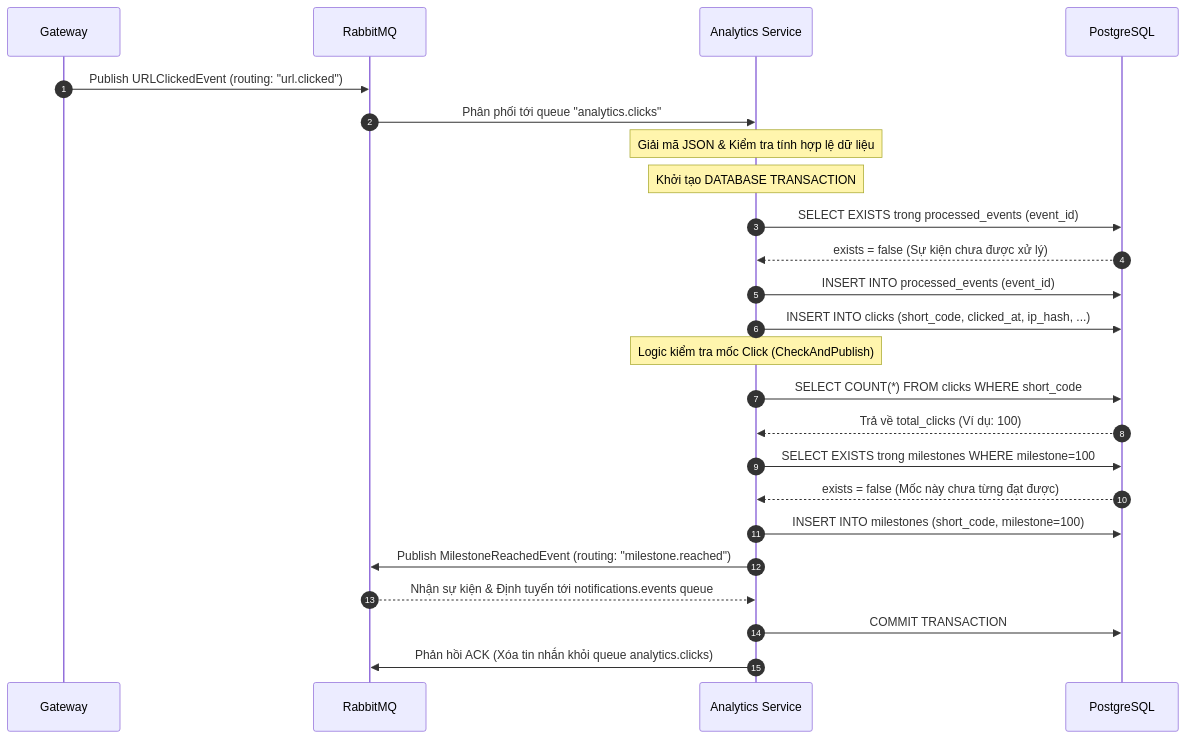
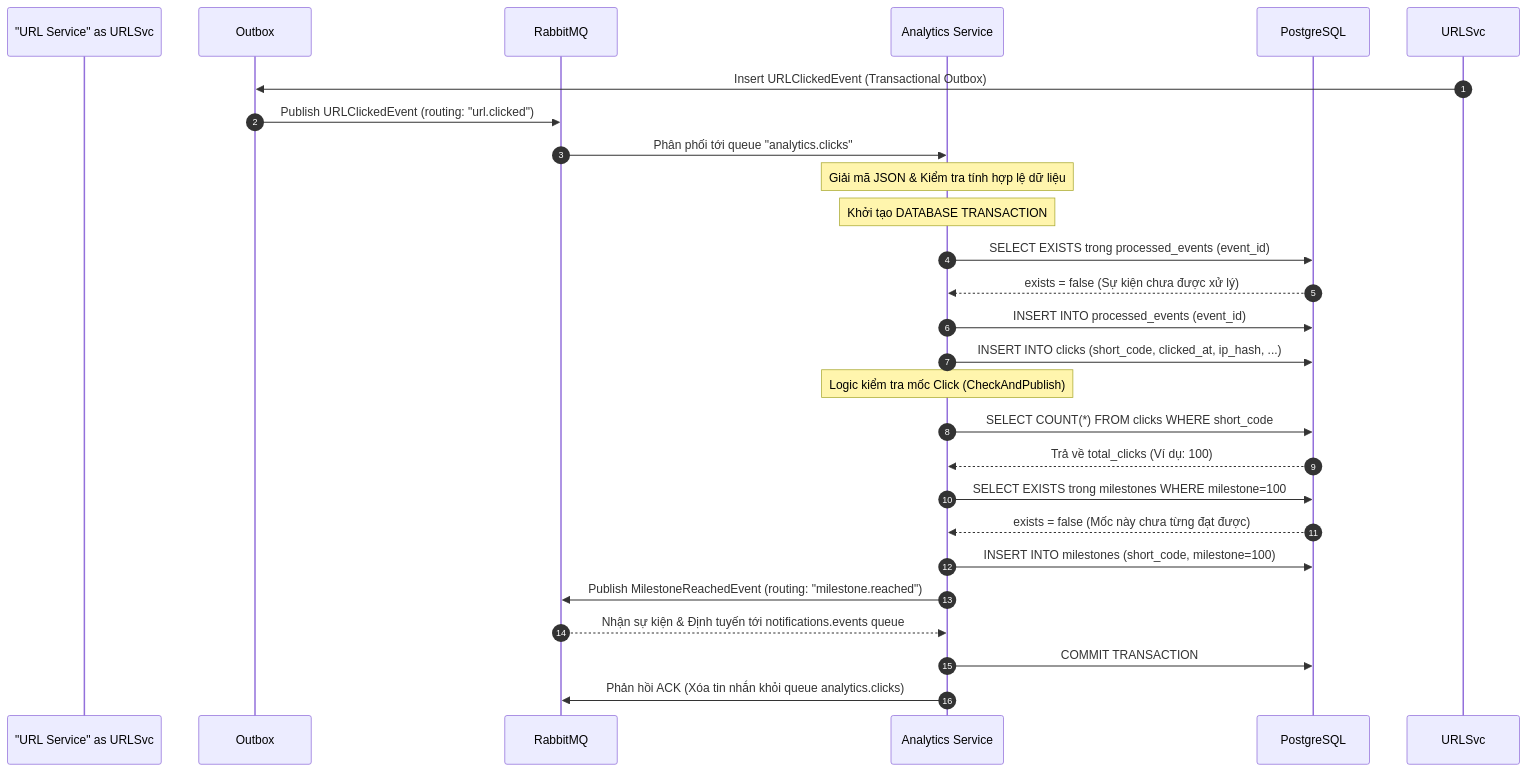
Before and after one commit to iknizzz1807/url-shortener-microservices: the second of 6 diagrams in reports/03-agent-event-driven-analytics-notification.md, drawn with Mermaid. The commit also changed other lines of this file and 12 other files, not shown here.

````diff
--- a/reports/03-agent-event-driven-analytics-notification.md
+++ b/reports/03-agent-event-driven-analytics-notification.md
@@ -201,27 +194,29 @@
 ```mermaid
 sequenceDiagram
     autonumber
-    participant Gateway
+    participant "URL Service" as URLSvc
+    participant Outbox
     participant RabbitMQ
     participant Analytics as Analytics Service
     participant PostgreSQL
 
-    Gateway->>RabbitMQ: Publish URLClickedEvent (routing: "url.clicked")
+    URLSvc->>Outbox: Insert URLClickedEvent (Transactional Outbox)
+    Outbox->>RabbitMQ: Publish URLClickedEvent (routing: "url.clicked")
     RabbitMQ->>Analytics: Phân phối tới queue "analytics.clicks"
     Note over Analytics: Giải mã JSON & Kiểm tra tính hợp lệ dữ liệu
     Note over Analytics: Khởi tạo DATABASE TRANSACTION
     Analytics->>PostgreSQL: SELECT EXISTS trong processed_events (event_id)
     PostgreSQL-->>Analytics: exists = false (Sự kiện chưa được xử lý)
     Analytics->>PostgreSQL: INSERT INTO processed_events (event_id)
     Analytics->>PostgreSQL: INSERT INTO clicks (short_code, clicked_at, ip_hash, ...)
     Note over Analytics: Logic kiểm tra mốc Click (CheckAndPublish)
     Analytics->>PostgreSQL: SELECT COUNT(*) FROM clicks WHERE short_code
     PostgreSQL-->>Analytics: Trả về total_clicks (Ví dụ: 100)
     Analytics->>PostgreSQL: SELECT EXISTS trong milestones WHERE milestone=100
     PostgreSQL-->>Analytics: exists = false (Mốc này chưa từng đạt được)
     Analytics->>PostgreSQL: INSERT INTO milestones (short_code, milestone=100)
     Analytics->>RabbitMQ: Publish MilestoneReachedEvent (routing: "milestone.reached")
     RabbitMQ-->>Analytics: Nhận sự kiện & Định tuyến tới notifications.events queue
     Analytics->>PostgreSQL: COMMIT TRANSACTION
     Analytics->>RabbitMQ: Phản hồi ACK (Xóa tin nhắn khỏi queue analytics.clicks)
 ```
````
